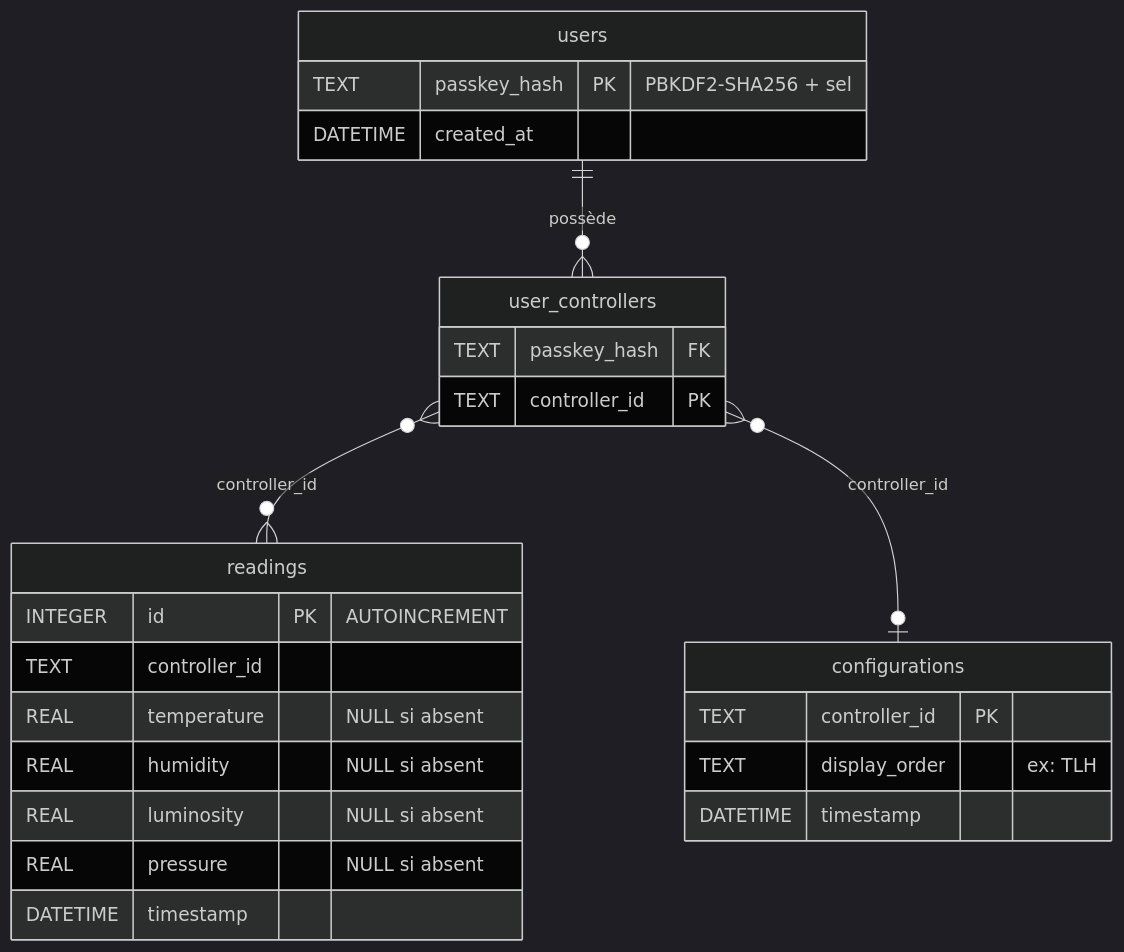
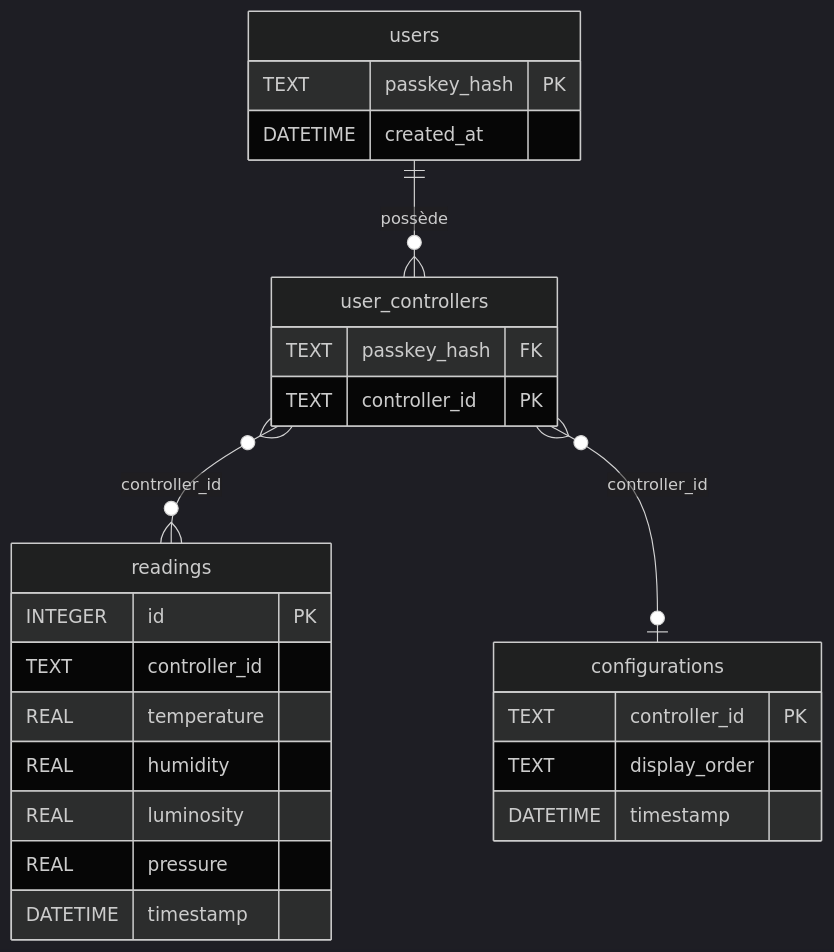
One commit to QuentinBastos/iot-project changed diagram 12 of 16 in rendu.md. Above: the diagram before and after it, drawn with Mermaid (dark theme). The commit also changed other lines of this file, not shown here.

````diff
--- a/rendu.md
+++ b/rendu.md
@@ -451,29 +357,29 @@
 ```mermaid
 erDiagram
     users {
-        TEXT passkey_hash PK "PBKDF2-SHA256 + sel"
+        TEXT passkey_hash PK
         DATETIME created_at
     }
     user_controllers {
         TEXT passkey_hash FK
         TEXT controller_id PK
     }
     readings {
-        INTEGER id PK "AUTOINCREMENT"
+        INTEGER id PK
         TEXT controller_id
-        REAL temperature "NULL si absent"
-        REAL humidity    "NULL si absent"
-        REAL luminosity  "NULL si absent"
-        REAL pressure    "NULL si absent"
+        REAL temperature
+        REAL humidity
+        REAL luminosity
+        REAL pressure
         DATETIME timestamp
     }
     configurations {
         TEXT controller_id PK
-        TEXT display_order "ex: TLH"
+        TEXT display_order
         DATETIME timestamp
     }
 
     users ||--o{ user_controllers : "possède"
     user_controllers }o--o{ readings : "controller_id"
     user_controllers }o--o| configurations : "controller_id"
 ```
````
